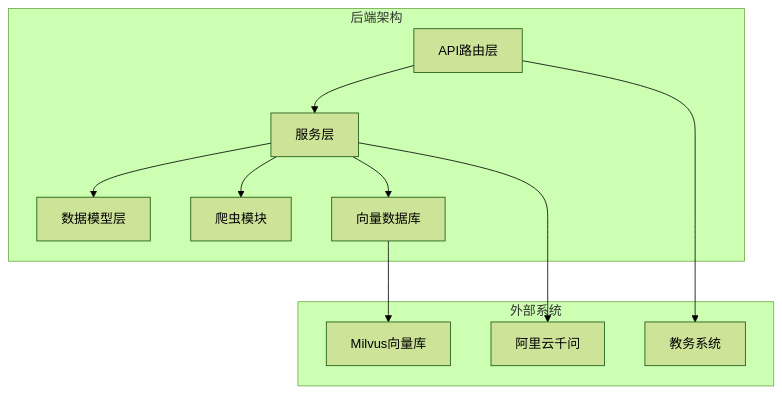
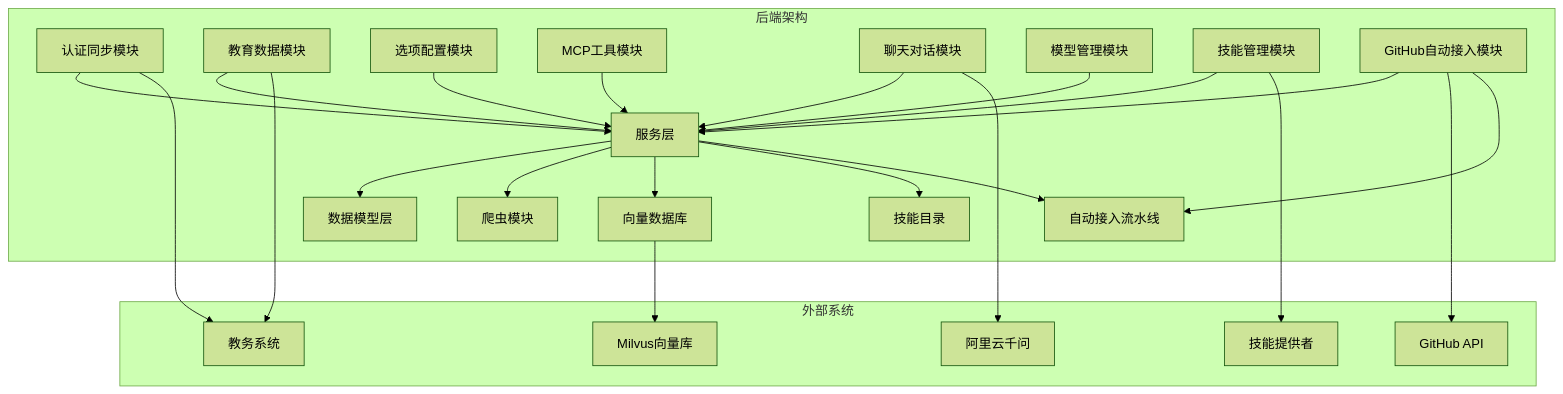
Before and after one commit to ghbbn053-ship-itsoulddog/soulddog: the first of 6 diagrams in .qoder/repowiki/zh/content/后端API文档/后端API文档.md, drawn with Mermaid (forest theme). The commit also changed other lines of this file and 119 other files, not shown here.

````diff
--- a/.qoder/repowiki/zh/content/后端API文档/后端API文档.md
+++ b/.qoder/repowiki/zh/content/后端API文档/后端API文档.md
@@ -42,22 +75,46 @@
 ```mermaid
 graph TB
 subgraph "后端架构"
-API[API路由层]
+AuthSync[认证同步模块]
+Education[教育数据模块]
+Options[选项配置模块]
+MCP[MCP工具模块]
+Chat[聊天对话模块]
+Models[模型管理模块]
+Skills[技能管理模块]
+Intake[GitHub自动接入模块]
 Services[服务层]
-Models[数据模型层]
+ModelsLayer[数据模型层]
 Scraper[爬虫模块]
 VectorDB[向量数据库]
+SkillDir[技能目录]
+Autopilot[自动接入流水线]
 end
 subgraph "外部系统"
 EduSys[教务系统]
 Milvus[Milvus向量库]
 Qwen[阿里云千问]
+SkillProvider[技能提供者]
+GitHub[GitHub API]
 end
-API --> Services
-Services --> Models
+AuthSync --> Services
+Education --> Services
+Options --> Services
+MCP --> Services
+Chat --> Services
+Models --> Services
+Skills --> Services
+Intake --> Services
+Services --> ModelsLayer
 Services --> Scraper
 Services --> VectorDB
+Services --> SkillDir
+Services --> Autopilot
 VectorDB --> Milvus
-API --> EduSys
-Services --> Qwen
+AuthSync --> EduSys
+Education --> EduSys
+Chat --> Qwen
+Skills --> SkillProvider
+Intake --> GitHub
+Intake --> Autopilot
 ```
````
